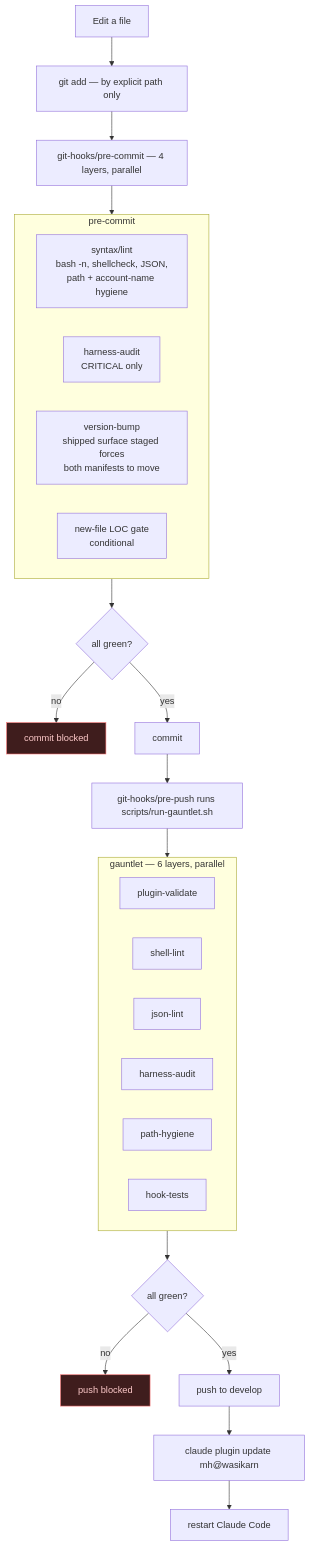
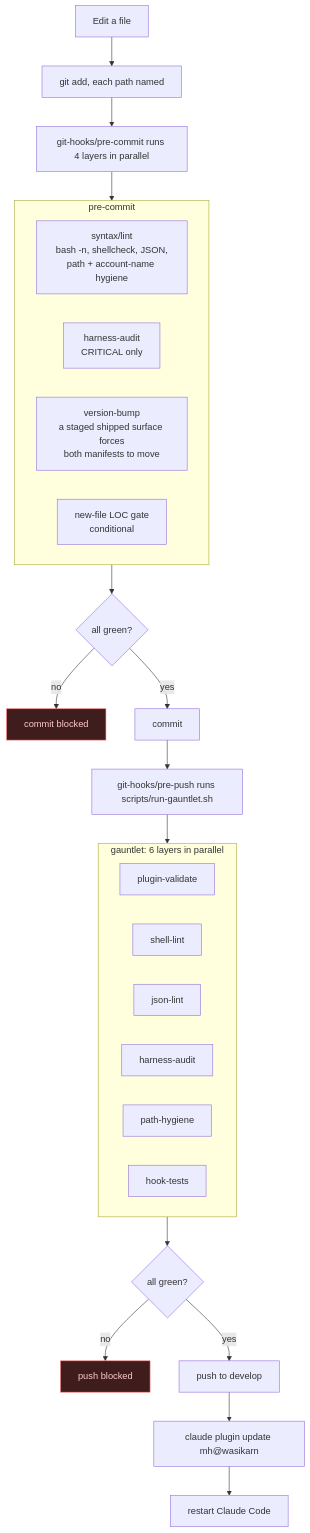
The fifth of 8 diagrams in docs/workflow-diagrams.md (wasikarn/matt-harness), drawn with Mermaid before and after one commit. The commit also changed other lines of this file and 9 other files, not shown here.

````diff
--- a/docs/workflow-diagrams.md
+++ b/docs/workflow-diagrams.md
@@ -208,40 +213,40 @@
 ```mermaid
 flowchart TB
-    ED["Edit a file"] --> ADD["git add — by explicit path only"]
-    ADD --> PC["git-hooks/pre-commit — 4 layers, parallel"]
+    ED["Edit a file"] --> ADD["git add, each path named"]
+    ADD --> PC["git-hooks/pre-commit runs 4 layers in parallel"]
 
     subgraph PCL["pre-commit"]
         direction LR
         L1["syntax/lint<br/>bash -n, shellcheck, JSON,<br/>path + account-name hygiene"]
         L2["harness-audit<br/>CRITICAL only"]
-        L3["version-bump<br/>shipped surface staged forces<br/>both manifests to move"]
+        L3["version-bump<br/>a staged shipped surface forces<br/>both manifests to move"]
         L4["new-file LOC gate<br/>conditional"]
     end
 
     PC --> PCL
     PCL --> PCR{"all green?"}
     PCR -->|"no"| BLOCK1["commit blocked"]
     PCR -->|"yes"| CM["commit"]
 
     CM --> PP["git-hooks/pre-push runs scripts/run-gauntlet.sh"]
 
-    subgraph GA["gauntlet — 6 layers, parallel"]
+    subgraph GA["gauntlet: 6 layers in parallel"]
         direction LR
         G1["plugin-validate"]
         G2["shell-lint"]
         G3["json-lint"]
         G4["harness-audit"]
         G5["path-hygiene"]
         G6["hook-tests"]
     end
 
     PP --> GA
     GA --> GR{"all green?"}
     GR -->|"no"| BLOCK2["push blocked"]
     GR -->|"yes"| PUSH["push to develop"]
     PUSH --> UPD["claude plugin update mh@wasikarn"]
     UPD --> RS["restart Claude Code"]
 
     classDef bad fill:#3f1d1d,stroke:#f87171,color:#fecaca
     class BLOCK1,BLOCK2 bad
 ```
````
